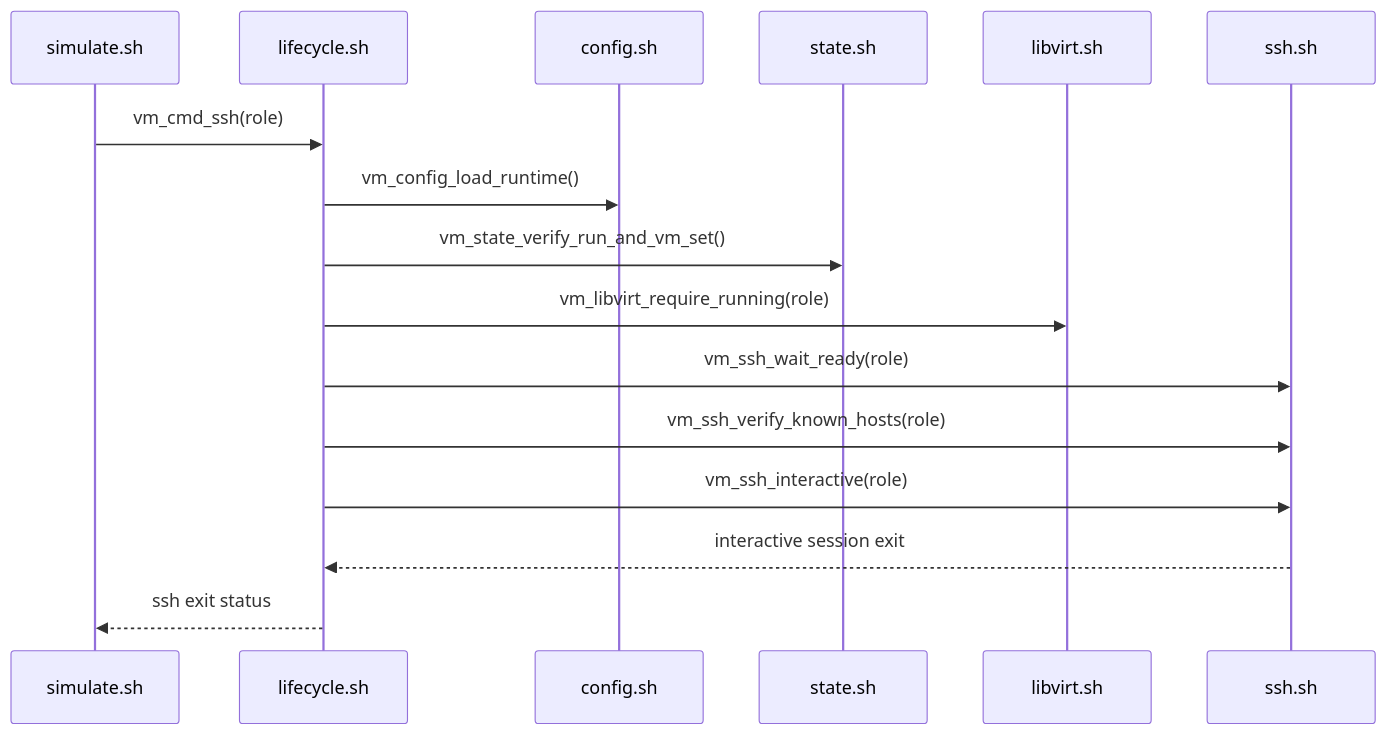
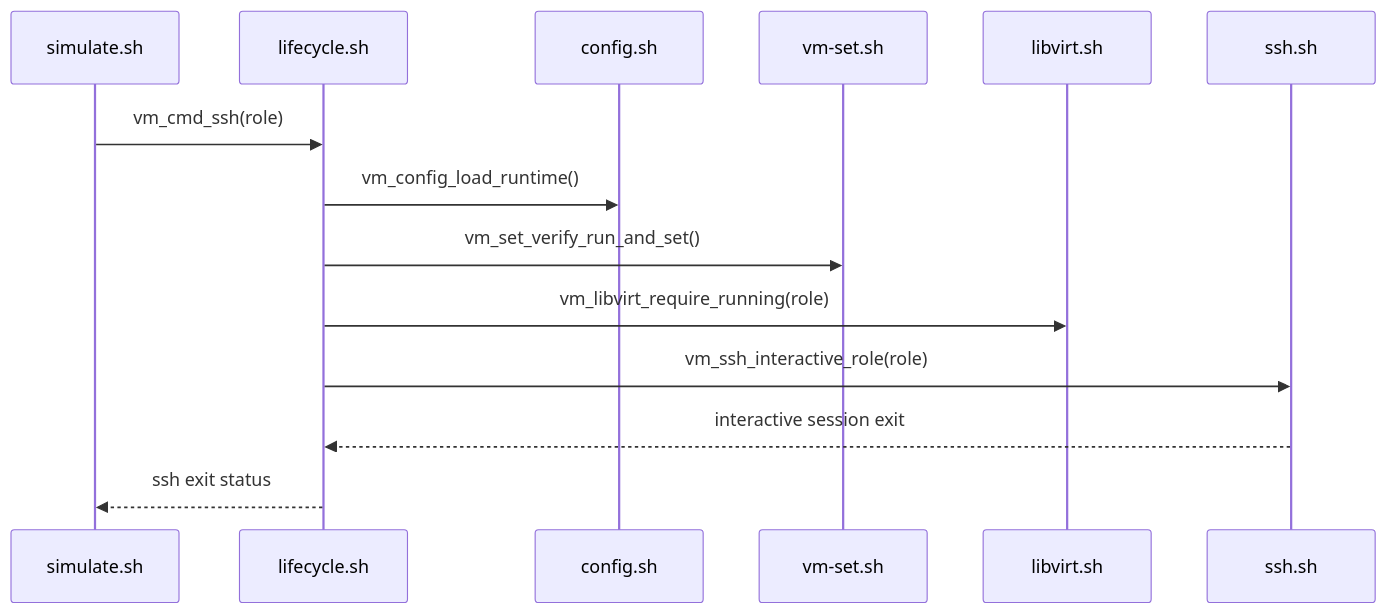
The sixth of 19 diagrams in simulation/vm/sequences.md (NoNine/loopforge), drawn with Mermaid before and after one commit. The commit also changed other lines of this file and 18 other files, not shown here.

````diff
--- a/simulation/vm/sequences.md
+++ b/simulation/vm/sequences.md
@@ -116,19 +120,17 @@
 ```mermaid
 sequenceDiagram
   participant CLI as simulate.sh
   participant LC as lifecycle.sh
   participant CFG as config.sh
-  participant ST as state.sh
+  participant SET as vm-set.sh
   participant LV as libvirt.sh
   participant SSH as ssh.sh
 
   CLI->>LC: vm_cmd_ssh(role)
   LC->>CFG: vm_config_load_runtime()
-  LC->>ST: vm_state_verify_run_and_vm_set()
+  LC->>SET: vm_set_verify_run_and_set()
   LC->>LV: vm_libvirt_require_running(role)
-  LC->>SSH: vm_ssh_wait_ready(role)
-  LC->>SSH: vm_ssh_verify_known_hosts(role)
-  LC->>SSH: vm_ssh_interactive(role)
+  LC->>SSH: vm_ssh_interactive_role(role)
   SSH-->>LC: interactive session exit
   LC-->>CLI: ssh exit status
 ```
````
